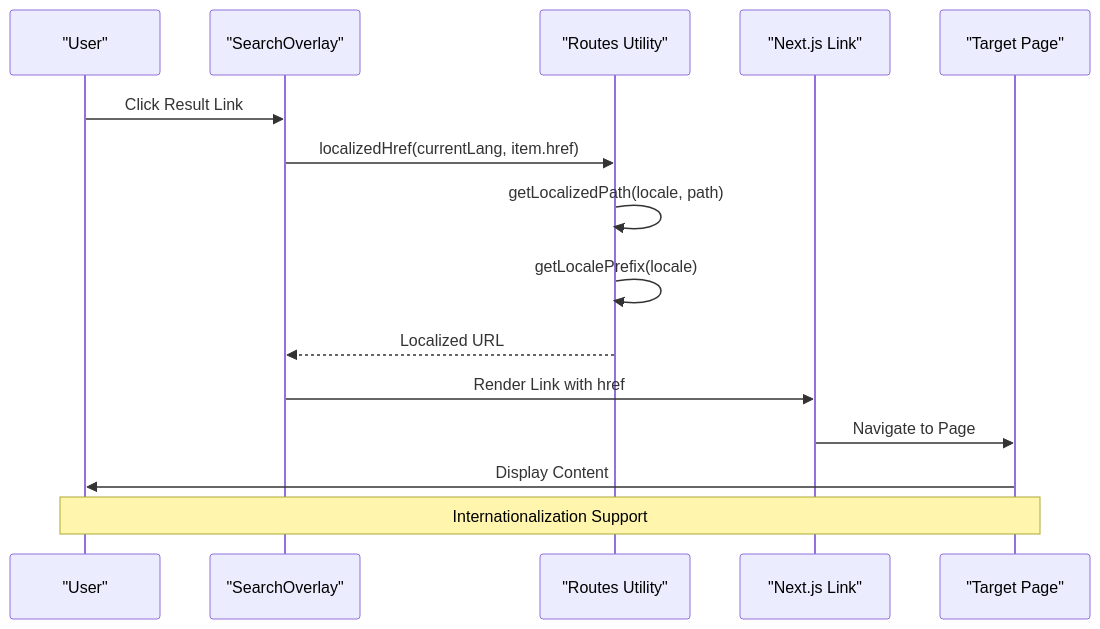
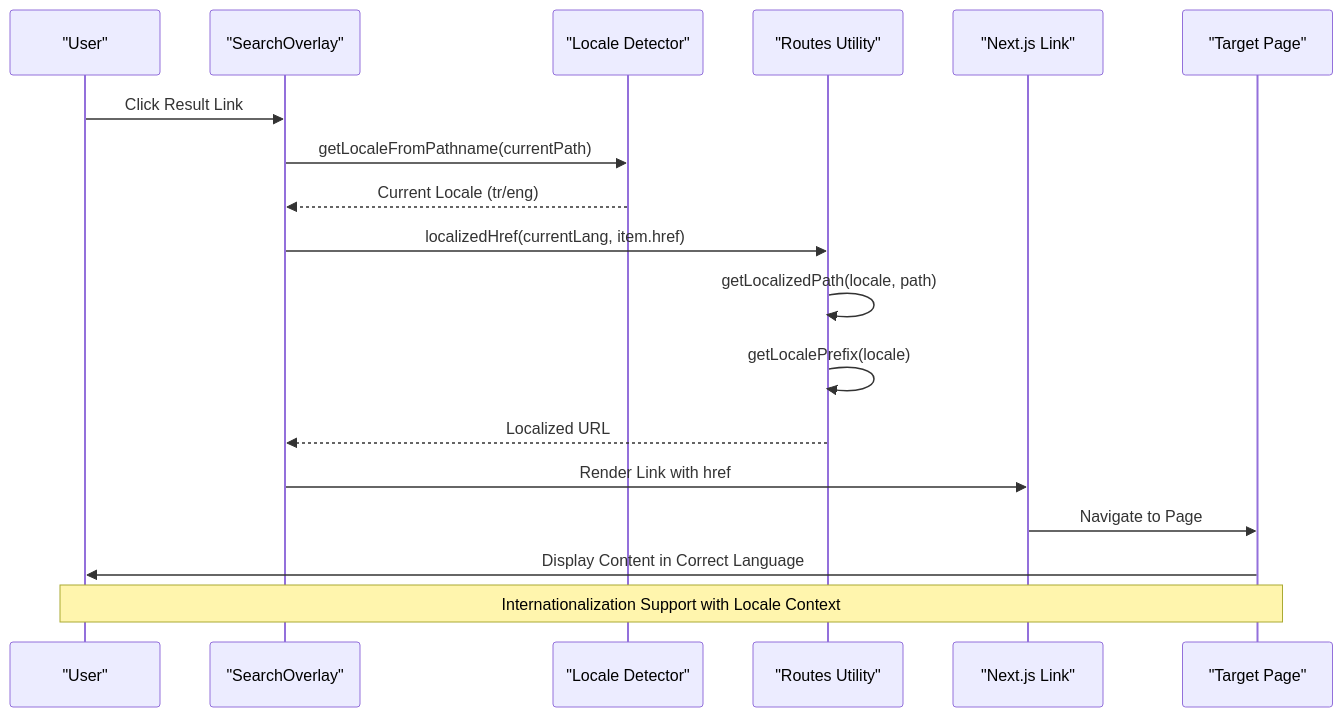
The eighth of 10 diagrams in .qoder/repowiki/en/content/Layout & Navigation/Search Overlay System.md (erdemerciyas/bgts), drawn with Mermaid before and after one commit. The commit also changed other lines of this file and 21 other files, not shown here.

````diff
--- a/.qoder/repowiki/en/content/Layout & Navigation/Search Overlay System.md
+++ b/.qoder/repowiki/en/content/Layout & Navigation/Search Overlay System.md
@@ -395,17 +461,20 @@
 ```mermaid
 sequenceDiagram
 participant User as "User"
 participant SearchOverlay as "SearchOverlay"
+participant LocaleDetector as "Locale Detector"
 participant Routes as "Routes Utility"
 participant NextLink as "Next.js Link"
 participant TargetPage as "Target Page"
 User->>SearchOverlay : Click Result Link
+SearchOverlay->>LocaleDetector : getLocaleFromPathname(currentPath)
+LocaleDetector-->>SearchOverlay : Current Locale (tr/eng)
 SearchOverlay->>Routes : localizedHref(currentLang, item.href)
 Routes->>Routes : getLocalizedPath(locale, path)
 Routes->>Routes : getLocalePrefix(locale)
 Routes-->>SearchOverlay : Localized URL
 SearchOverlay->>NextLink : Render Link with href
 NextLink->>TargetPage : Navigate to Page
-TargetPage->>User : Display Content
-Note over User,TargetPage : Internationalization Support
+TargetPage->>User : Display Content in Correct Language
+Note over User,TargetPage : Internationalization Support with Locale Context
 ```
````
